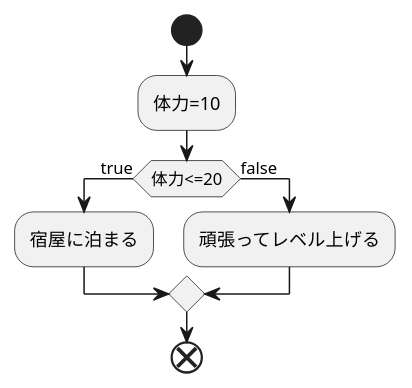
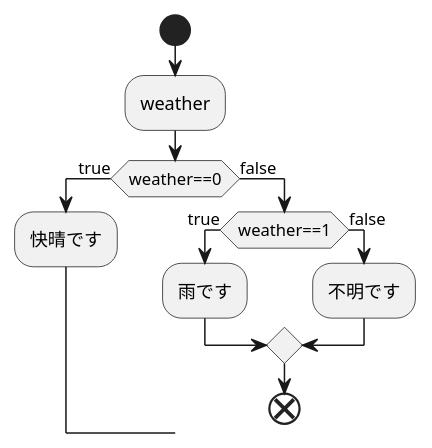
One commit to aso2001389/2021system changed the diagram in kadai4_4.md. Above: the diagram before and after it, drawn with PlantUML.

````diff
--- a/kadai4_4.md
+++ b/kadai4_4.md
@@ -1,12 +1,15 @@
 ```uml
 @startuml
 start
-:体力=10;
-if(体力<=20)then(true)
-:宿屋に泊まる;
+:weather;
+if(weather==0)then(true)
+:快晴です;
 else(false)
-:頑張ってレベル上げる;
+if(weather==1)then(true)
+:雨です;
+else(false)
+:不明です;
 endif
 end
 @enduml
 ```
````
